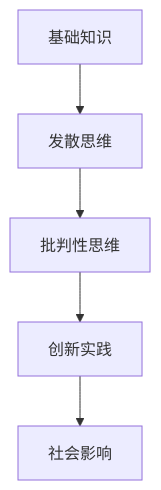
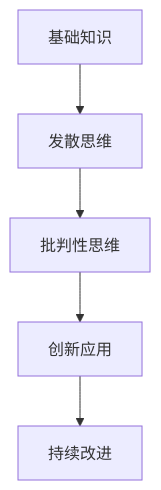
Before and after one commit to AdaMartin18010/SeniorEnducation: the third of 4 diagrams in 03-应用实践领域/02-创新思维训练.md, drawn with Mermaid. The commit also changed other lines of this file and 18 other files, not shown here.

````diff
--- a/03-应用实践领域/02-创新思维训练.md
+++ b/03-应用实践领域/02-创新思维训练.md
@@ -196,7 +198,7 @@
 ```mermaid
 graph TD
     A[基础知识] --> B[发散思维]
     B --> C[批判性思维]
-    C --> D[创新实践]
-    D --> E[社会影响]
+    C --> D[创新应用]
+    D --> E[持续改进]
 ```
````
